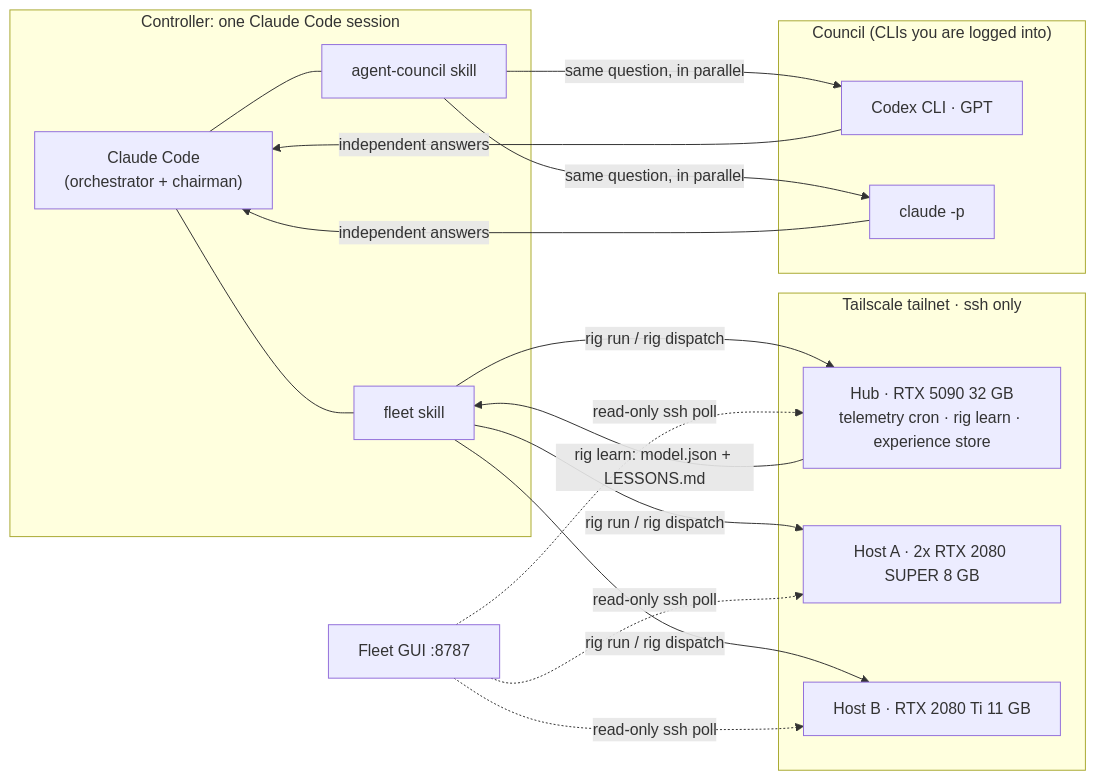
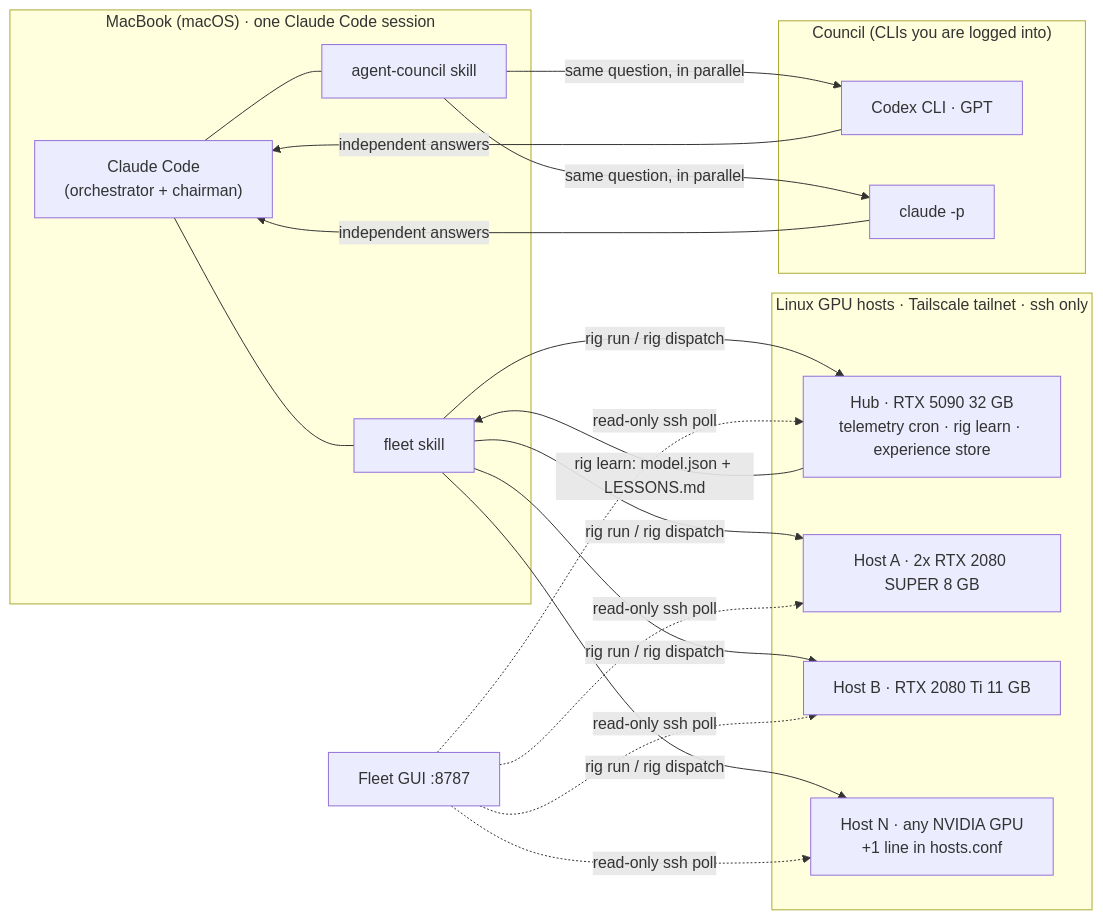
Before and after one commit to odeij/fleet-council: the diagram in README.md, drawn with Mermaid. The commit also changed other lines of this file and 2 other files, not shown here.

Commit message:
docs: cross-OS controller, scaling out by hosts.conf, no-API-keys note

````diff
--- a/README.md
+++ b/README.md
@@ -11,24 +13,25 @@
 ```mermaid
 flowchart LR
-    subgraph Brain["Controller: one Claude Code session"]
+    subgraph Brain["MacBook (macOS) · one Claude Code session"]
         CC["Claude Code<br/>(orchestrator + chairman)"]
         FS["fleet skill"]
         AC["agent-council skill"]
         CC --- FS
         CC --- AC
     end
     subgraph Council["Council (CLIs you are logged into)"]
         CX["Codex CLI · GPT"]
         CL["claude -p"]
     end
-    subgraph Tailnet["Tailscale tailnet · ssh only"]
+    subgraph Tailnet["Linux GPU hosts · Tailscale tailnet · ssh only"]
         HUB["Hub · RTX 5090 32 GB<br/>telemetry cron · rig learn · experience store"]
         A["Host A · 2x RTX 2080 SUPER 8 GB"]
         B["Host B · RTX 2080 Ti 11 GB"]
+        N["Host N · any NVIDIA GPU<br/>+1 line in hosts.conf"]
     end
     AC -->|same question, in parallel| CX & CL
     CX & CL -->|independent answers| CC
-    FS -->|rig run / rig dispatch| HUB & A & B
+    FS -->|rig run / rig dispatch| HUB & A & B & N
     HUB -->|rig learn: model.json + LESSONS.md| FS
-    GUI["Fleet GUI :8787"] -.->|read-only ssh poll| HUB & A & B
+    GUI["Fleet GUI :8787"] -.->|read-only ssh poll| HUB & A & B & N
 ```
````
